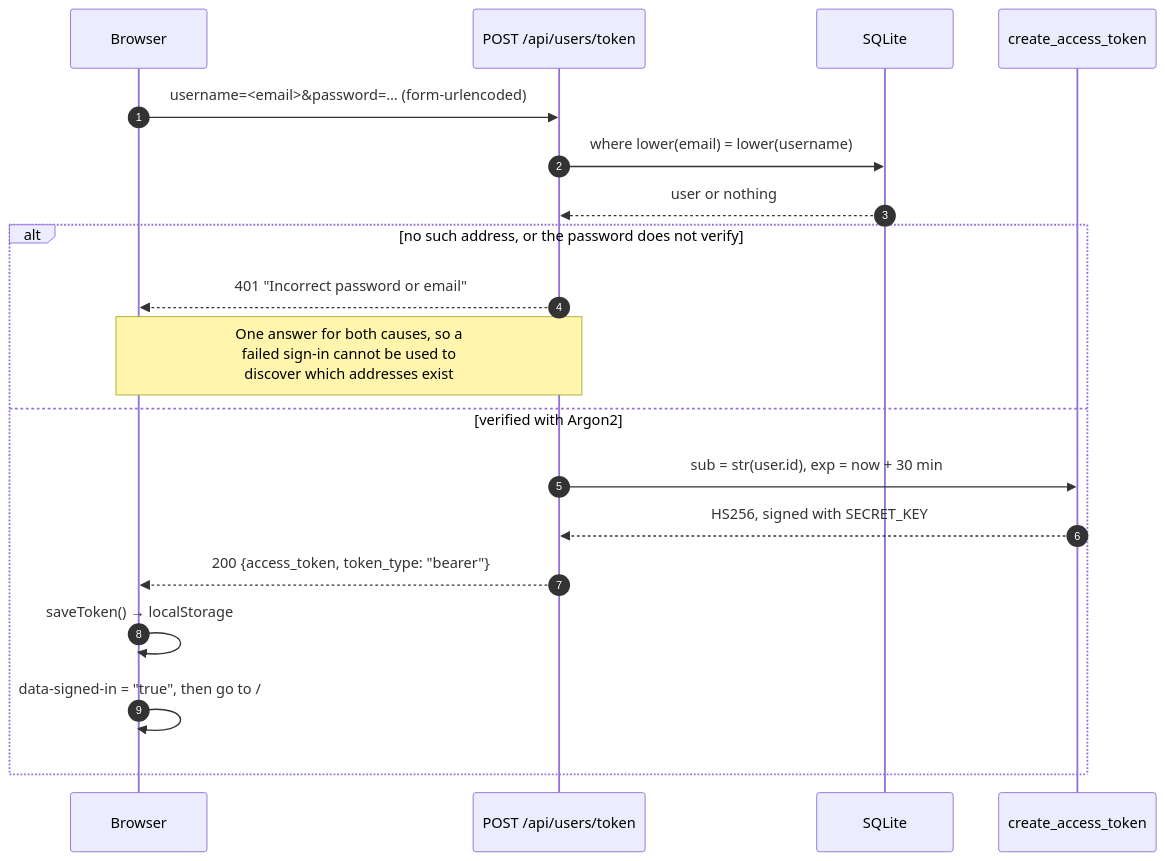
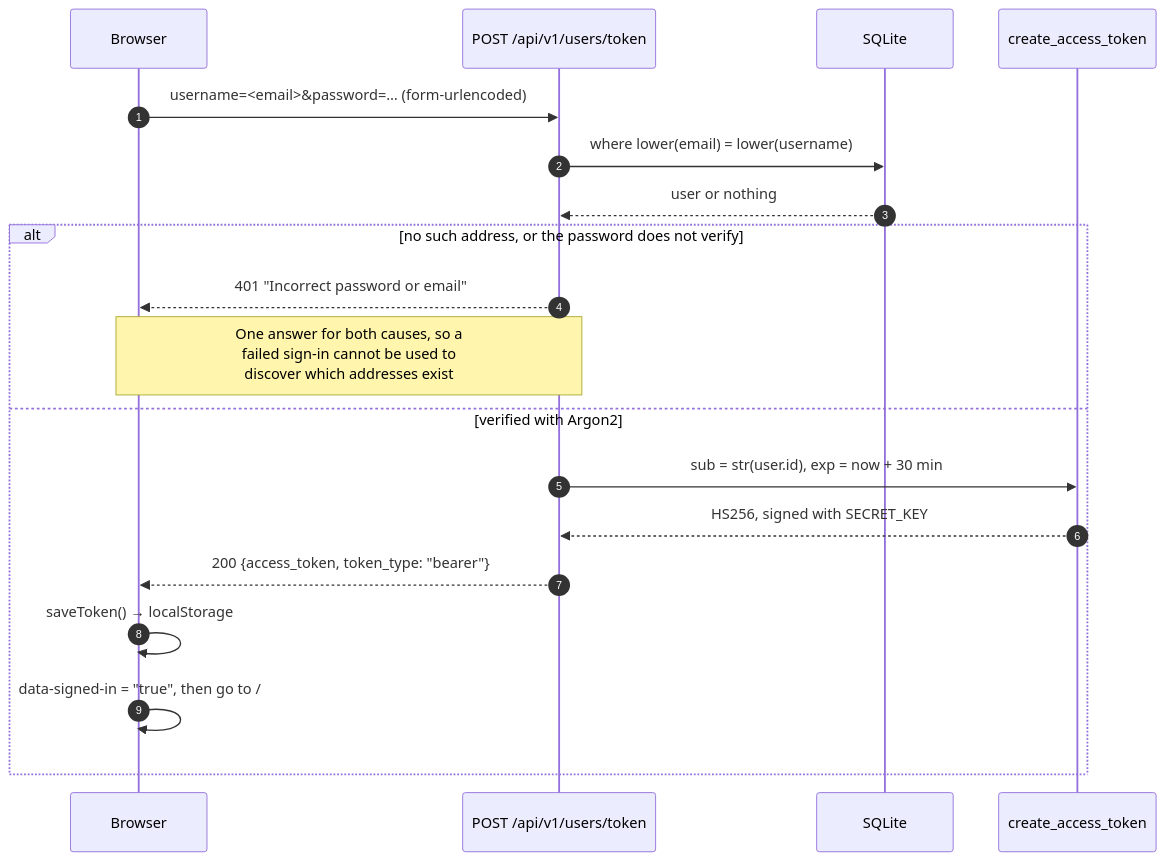
One commit to OstapchukIryna/fastapi-blog changed the first of 3 diagrams in docs/auth.md. Above: the diagram before and after it, drawn with Mermaid. The commit also changed other lines of this file and 84 other files, not shown here.

````diff
--- a/docs/auth.md
+++ b/docs/auth.md
@@ -23,23 +23,23 @@
 ```mermaid
 sequenceDiagram
     autonumber
     participant B as Browser
-    participant API as POST /api/users/token
+    participant API as POST /api/v1/users/token
     participant DB as SQLite
     participant JWT as create_access_token
 
     B->>API: username=<email>&password=… (form-urlencoded)
     API->>DB: where lower(email) = lower(username)
     DB-->>API: user or nothing
 
     alt no such address, or the password does not verify
         API-->>B: 401 "Incorrect password or email"
         Note over API,B: One answer for both causes, so a<br/>failed sign-in cannot be used to<br/>discover which addresses exist
     else verified with Argon2
         API->>JWT: sub = str(user.id), exp = now + 30 min
         JWT-->>API: HS256, signed with SECRET_KEY
         API-->>B: 200 {access_token, token_type: "bearer"}
         B->>B: saveToken() → localStorage
         B->>B: data-signed-in = "true", then go to /
     end
 ```
````
